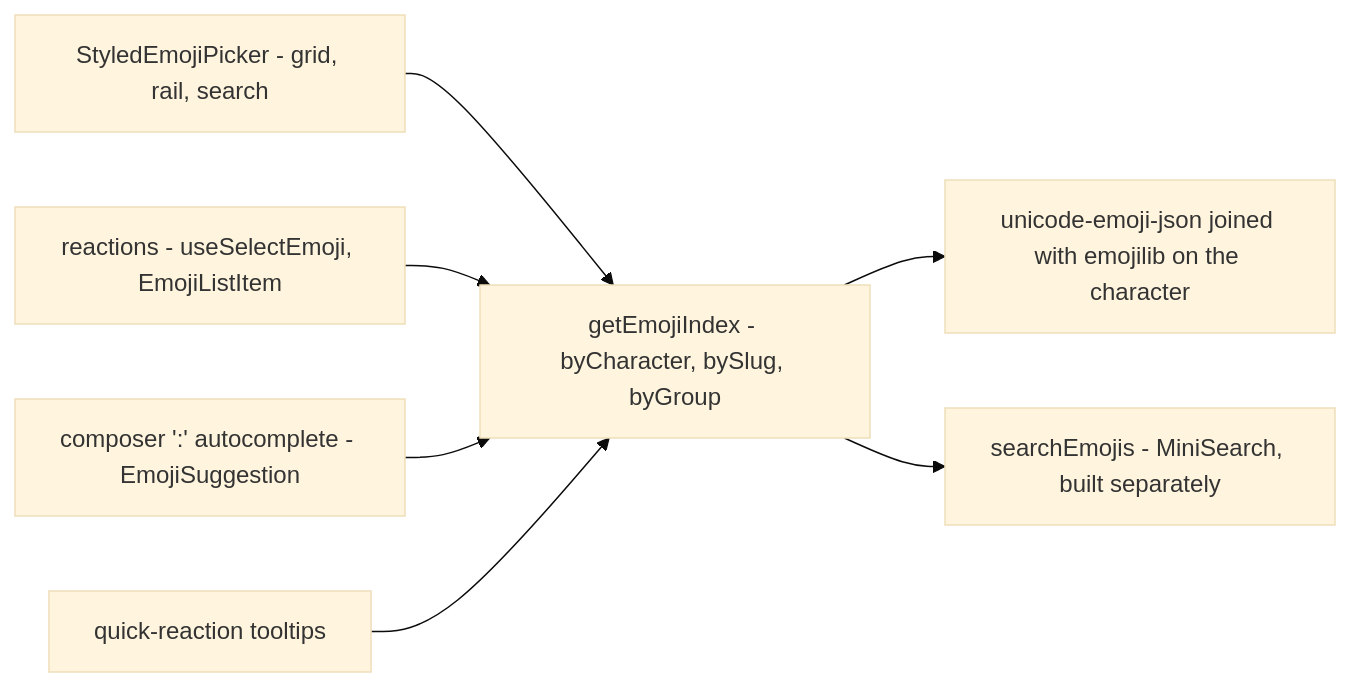
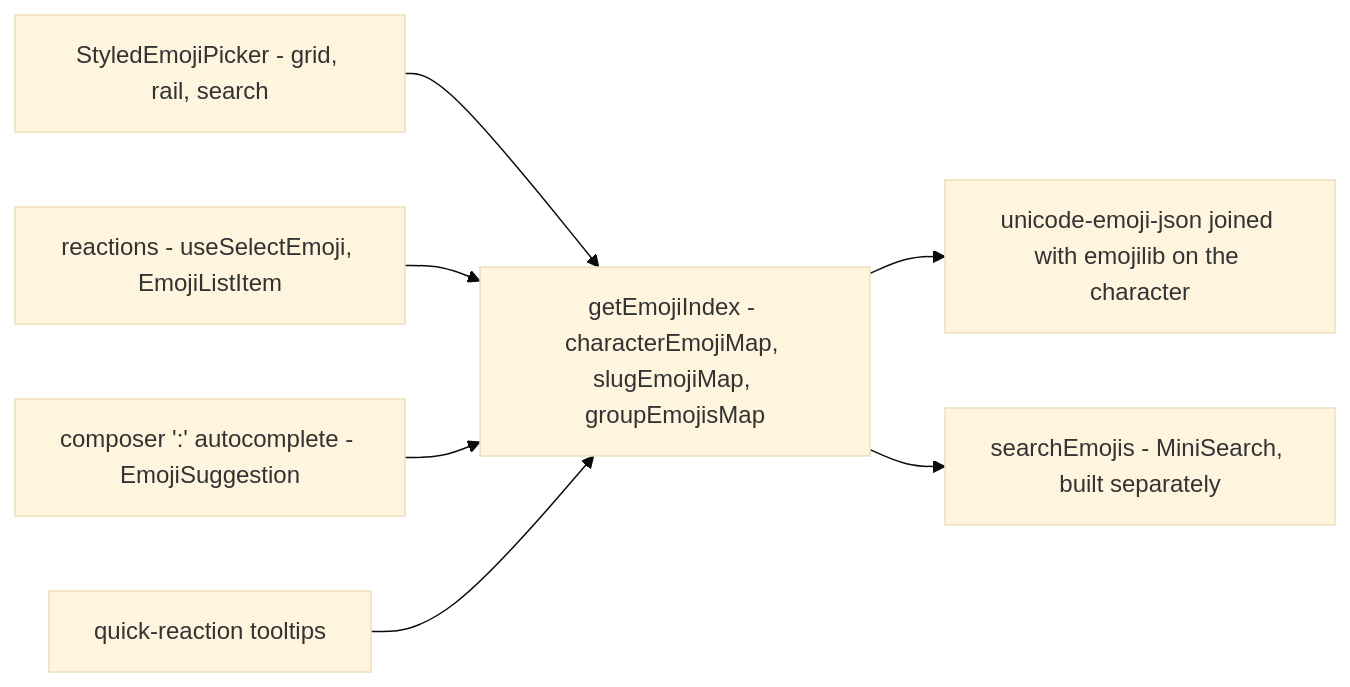
Before and after one commit to Esposter/Esposter: the diagram in apps/web/content/docs/esbabbler/emoji.md, drawn with Mermaid (base theme). The commit also changed other lines of this file and 35 other files, not shown here.

````diff
--- a/apps/web/content/docs/esbabbler/emoji.md
+++ b/apps/web/content/docs/esbabbler/emoji.md
@@ -14,9 +14,9 @@
 ```mermaid
 flowchart LR
   Picker["StyledEmojiPicker - grid, rail, search"] --> Index
   React["reactions - useSelectEmoji, EmojiListItem"] --> Index
   Composer["composer ':' autocomplete - EmojiSuggestion"] --> Index
   Tooltip["quick-reaction tooltips"] --> Index
-  Index["getEmojiIndex - byCharacter, bySlug, byGroup"] --> Data["unicode-emoji-json joined with emojilib on the character"]
+  Index["getEmojiIndex - characterEmojiMap, slugEmojiMap, groupEmojisMap"] --> Data["unicode-emoji-json joined with emojilib on the character"]
   Index --> Search["searchEmojis - MiniSearch, built separately"]
 ```
````
